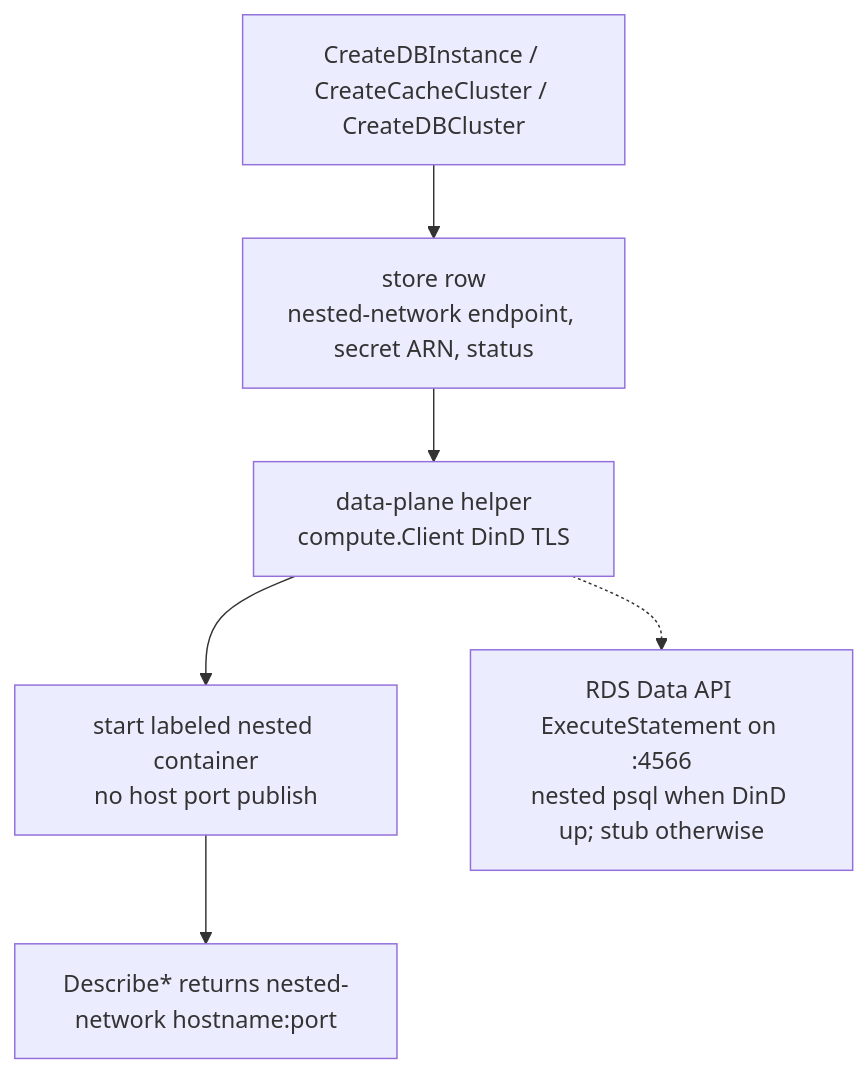
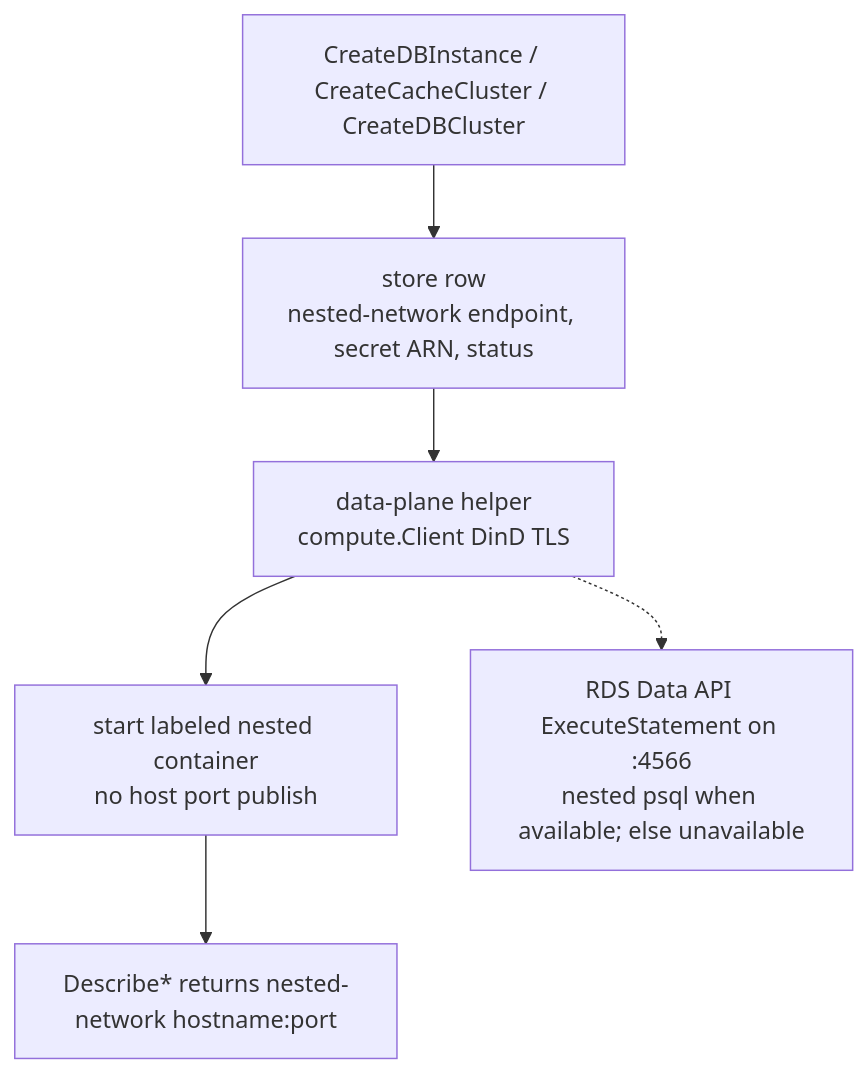
The second of 2 diagrams in docs/architecture.md (Kyaxris-Labs/Noctaxris), drawn with Mermaid before and after one commit. The commit also changed other lines of this file and 138 other files, not shown here.

First line of the commit message:
Update CHANGELOG, enhance security features, and improve documentation for nested data planes

````diff
--- a/docs/architecture.md
+++ b/docs/architecture.md
@@ -95,12 +95,12 @@
 ```mermaid
 flowchart TD
   Create["CreateDBInstance / CreateCacheCluster / CreateDBCluster"]
   Store["store row<br/>nested-network endpoint, secret ARN, status"]
   Helper["data-plane helper<br/>compute.Client DinD TLS"]
   Start["start labeled nested container<br/>no host port publish"]
   Describe["Describe* returns nested-network hostname:port"]
-  DataAPI["RDS Data API ExecuteStatement on :4566<br/>nested psql when DinD up; stub otherwise"]
+  DataAPI["RDS Data API ExecuteStatement on :4566<br/>nested psql when available; else unavailable"]
 
   Create --> Store --> Helper --> Start --> Describe
   Helper -.-> DataAPI
 ```
````
